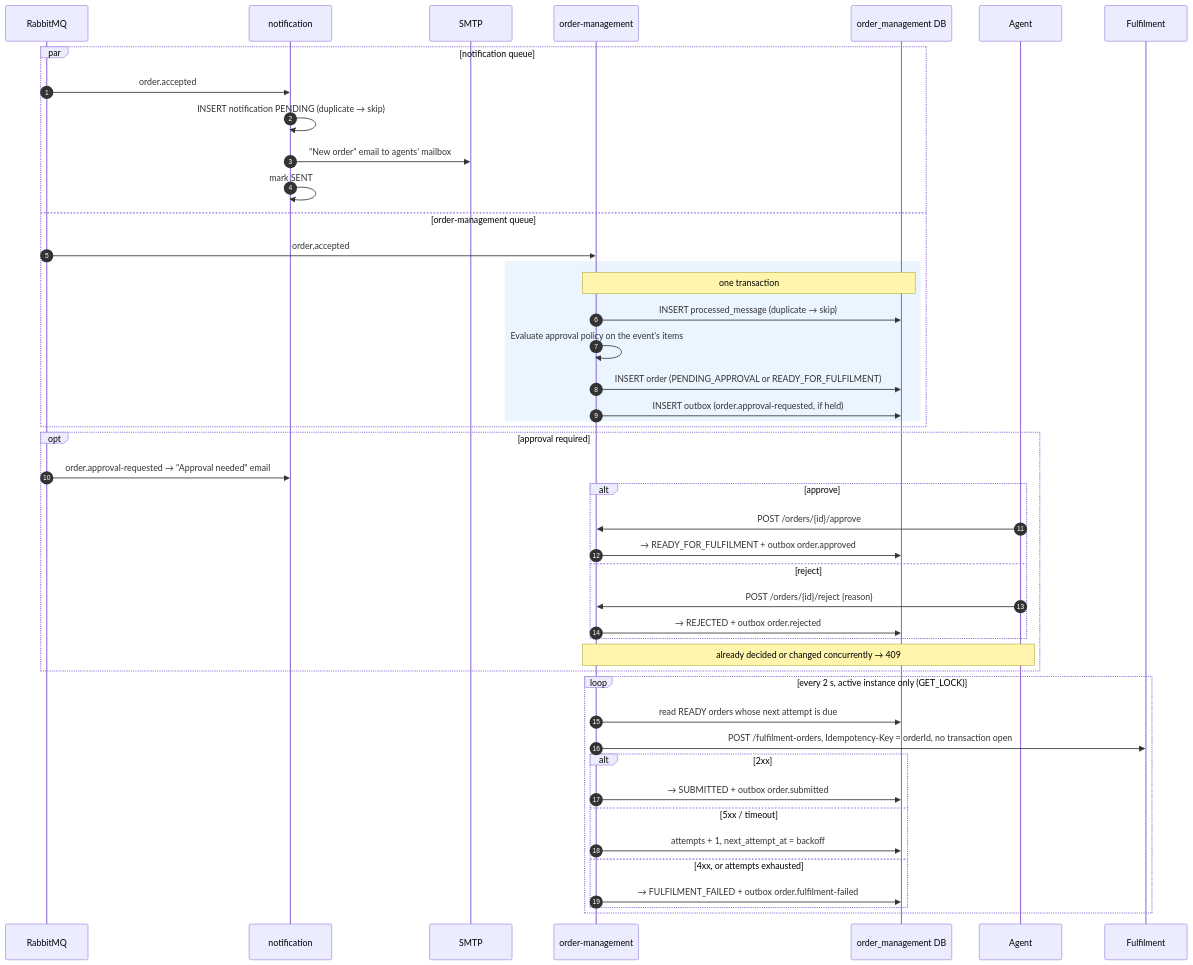
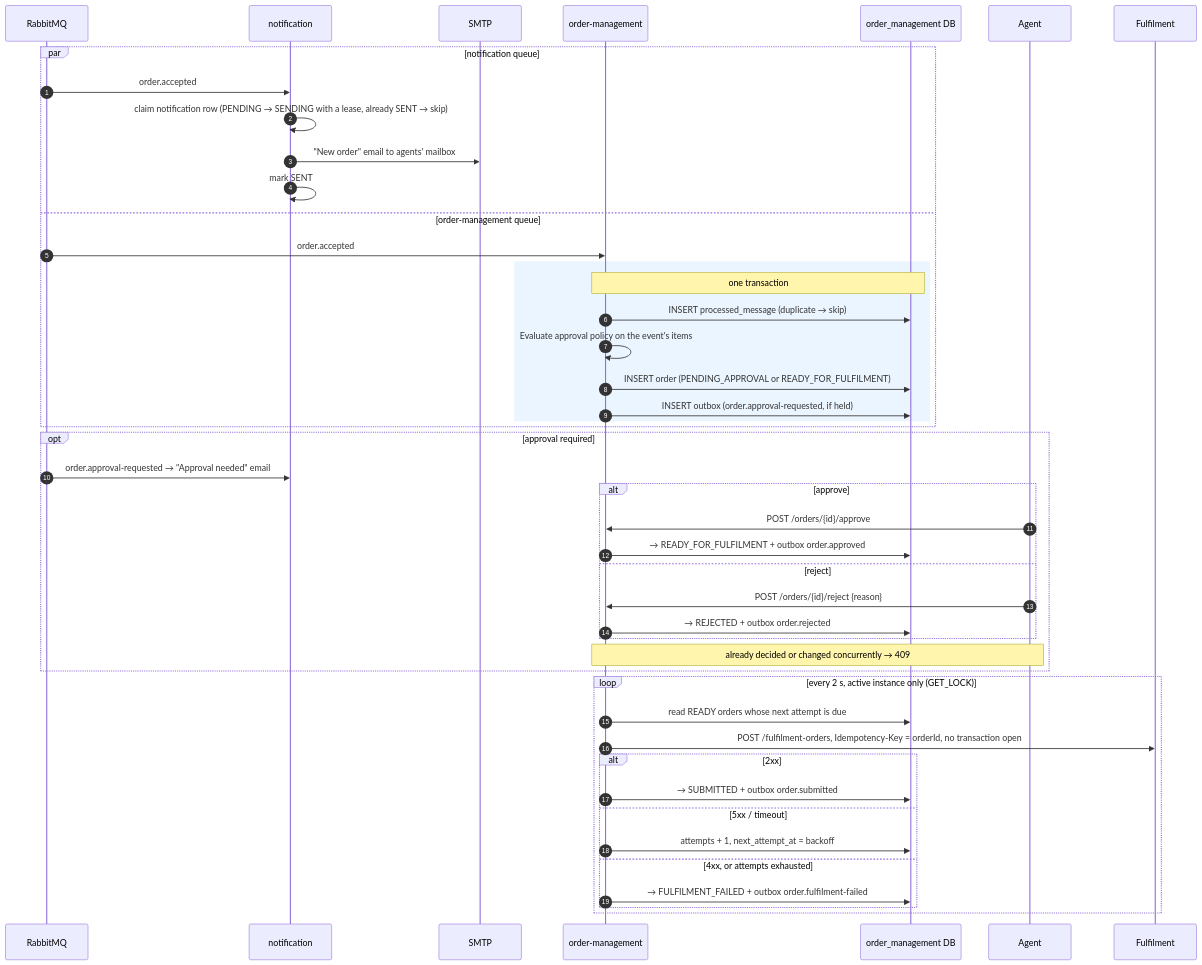
One commit to supriyathakur28/Melita changed the fourth of 5 diagrams in docs/ARCHITECTURE.md. Above: the diagram before and after it, drawn with Mermaid. The commit also changed other lines of this file and 2 other files, not shown here.

````diff
--- a/docs/ARCHITECTURE.md
+++ b/docs/ARCHITECTURE.md
@@ -235,51 +239,51 @@
 ```mermaid
 sequenceDiagram
     autonumber
     participant MQ as RabbitMQ
     participant NS as notification
     participant SMTP
     participant OM as order-management
     participant DB as order_management DB
     participant Agent
     participant FUL as Fulfilment
 
     par notification queue
         MQ->>NS: order.accepted
-        NS->>NS: INSERT notification PENDING (duplicate → skip)
+        NS->>NS: claim notification row (PENDING → SENDING with a lease, already SENT → skip)
         NS->>SMTP: "New order" email to agents' mailbox
         NS->>NS: mark SENT
     and order-management queue
         MQ->>OM: order.accepted
         rect rgb(235,245,255)
         note over OM,DB: one transaction
         OM->>DB: INSERT processed_message (duplicate → skip)
         OM->>OM: Evaluate approval policy on the event's items
         OM->>DB: INSERT order (PENDING_APPROVAL or READY_FOR_FULFILMENT)
         OM->>DB: INSERT outbox (order.approval-requested, if held)
         end
     end
 
     opt approval required
         MQ->>NS: order.approval-requested → "Approval needed" email
         alt approve
             Agent->>OM: POST /orders/{id}/approve
             OM->>DB: → READY_FOR_FULFILMENT + outbox order.approved
         else reject
             Agent->>OM: POST /orders/{id}/reject {reason}
             OM->>DB: → REJECTED + outbox order.rejected
         end
         note over Agent,OM: already decided or changed concurrently → 409
     end
 
     loop every 2 s, active instance only (GET_LOCK)
         OM->>DB: read READY orders whose next attempt is due
         OM->>FUL: POST /fulfilment-orders, Idempotency-Key = orderId, no transaction open
         alt 2xx
             OM->>DB: → SUBMITTED + outbox order.submitted
         else 5xx / timeout
             OM->>DB: attempts + 1, next_attempt_at = backoff
         else 4xx, or attempts exhausted
             OM->>DB: → FULFILMENT_FAILED + outbox order.fulfilment-failed
         end
     end
 ```
````
